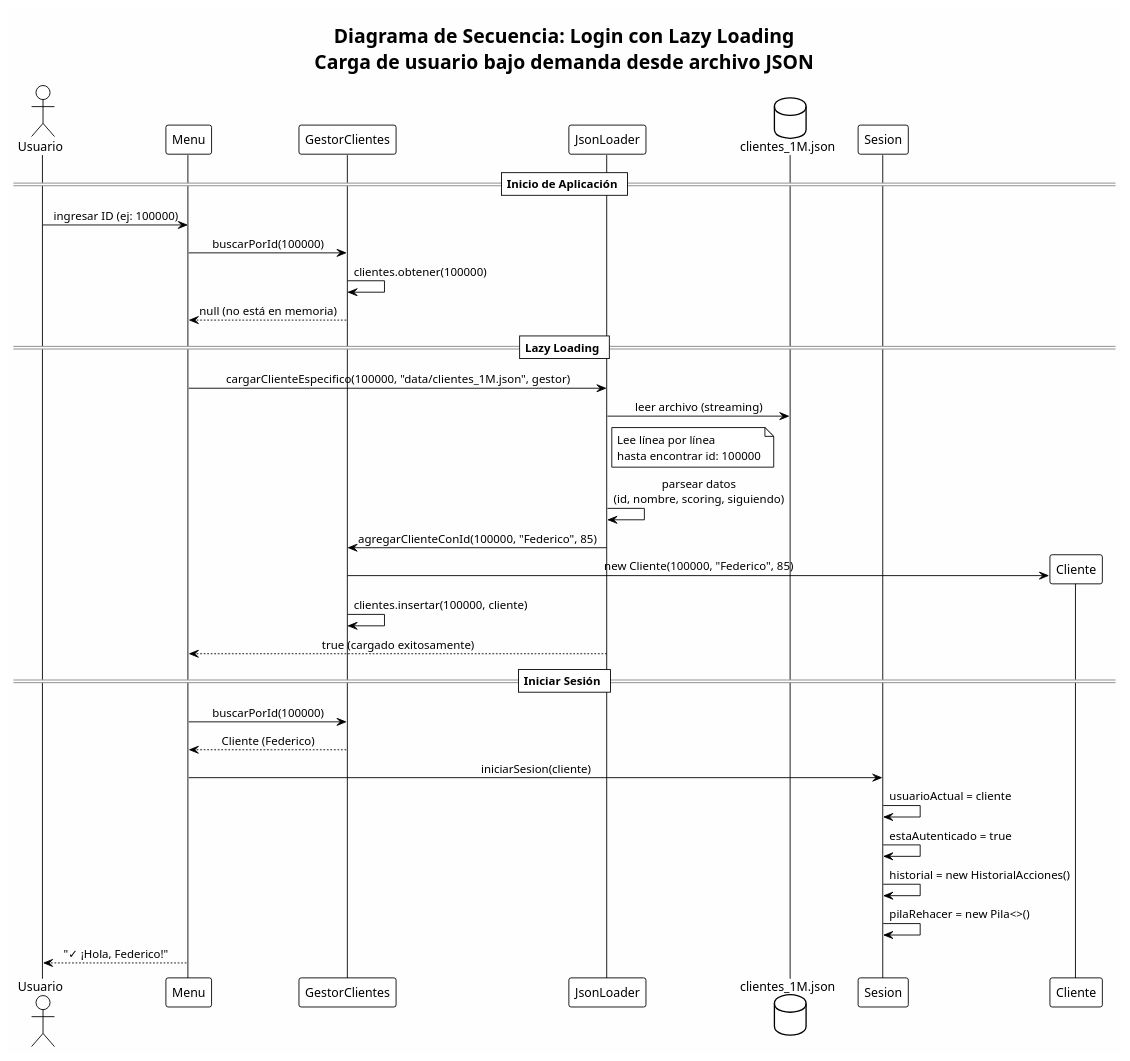
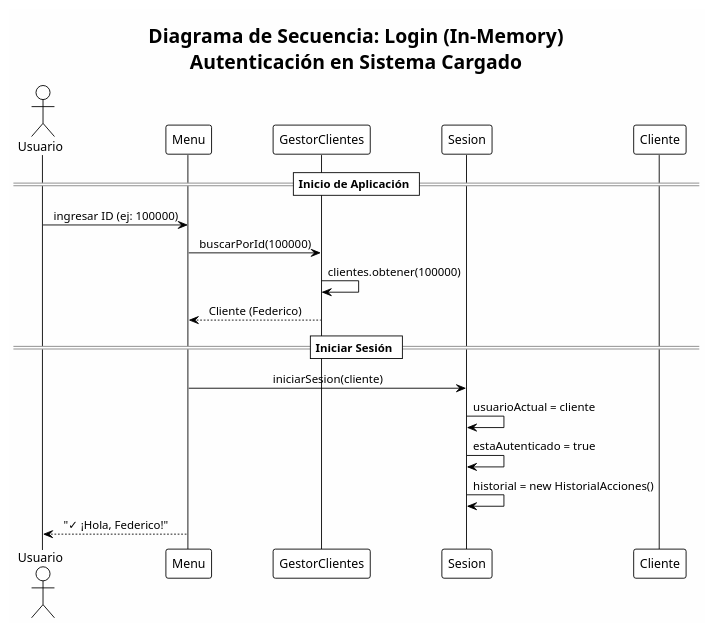
The diagram in docs/diagramas/secuencia_login.puml (andreiveisuade/TPO-AyED-II---Red-Social-UADE---Grupo-12), drawn with PlantUML before and after one commit. The commit also changed 9 other files, not shown here.

Commit message:
Actualizar documentación: TDAs, arquitectura e invariantes. Refactorizar diagramas UML para reflejar implementación in-memory y sin rehacer.

```diff
--- a/docs/diagramas/secuencia_login.puml
+++ b/docs/diagramas/secuencia_login.puml
@@ -1,52 +1,29 @@
-@startuml Secuencia: Login con Lazy Loading
+@startuml Secuencia: Login In-Memory
 !theme plain
 skinparam backgroundColor #FEFEFE
 skinparam sequenceMessageAlign center
 
-title **Diagrama de Secuencia: Login con Lazy Loading**\nCarga de usuario bajo demanda desde archivo JSON
+title **Diagrama de Secuencia: Login (In-Memory)**\nAutenticación en Sistema Cargado
 
 actor Usuario as user
 participant "Menu" as menu
 participant "GestorClientes" as gestor
-participant "JsonLoader" as loader
-database "clientes_1M.json" as json
 participant "Sesion" as sesion
 participant "Cliente" as cliente
 
 == Inicio de Aplicación ==
 user -> menu : ingresar ID (ej: 100000)
 
 menu -> gestor : buscarPorId(100000)
 gestor -> gestor : clientes.obtener(100000)
-gestor --> menu : null (no está en memoria)
-
-== Lazy Loading ==
-menu -> loader : cargarClienteEspecifico(100000, "data/clientes_1M.json", gestor)
-
-loader -> json : leer archivo (streaming)
-note right of loader
-    Lee línea por línea
-    hasta encontrar id: 100000
-end note
-
-loader -> loader : parsear datos\n(id, nombre, scoring, siguiendo)
-
-loader -> gestor : agregarClienteConId(100000, "Federico", 85)
-gestor -> cliente ** : new Cliente(100000, "Federico", 85)
-gestor -> gestor : clientes.insertar(100000, cliente)
-
-loader --> menu : true (cargado exitosamente)
+gestor --> menu : Cliente (Federico)
 
 == Iniciar Sesión ==
-menu -> gestor : buscarPorId(100000)
-gestor --> menu : Cliente (Federico)
-
 menu -> sesion : iniciarSesion(cliente)
 sesion -> sesion : usuarioActual = cliente
 sesion -> sesion : estaAutenticado = true
 sesion -> sesion : historial = new HistorialAcciones()
-sesion -> sesion : pilaRehacer = new Pila<>()
 
 menu --> user : "✓ ¡Hola, Federico!"
 
 @enduml
```
